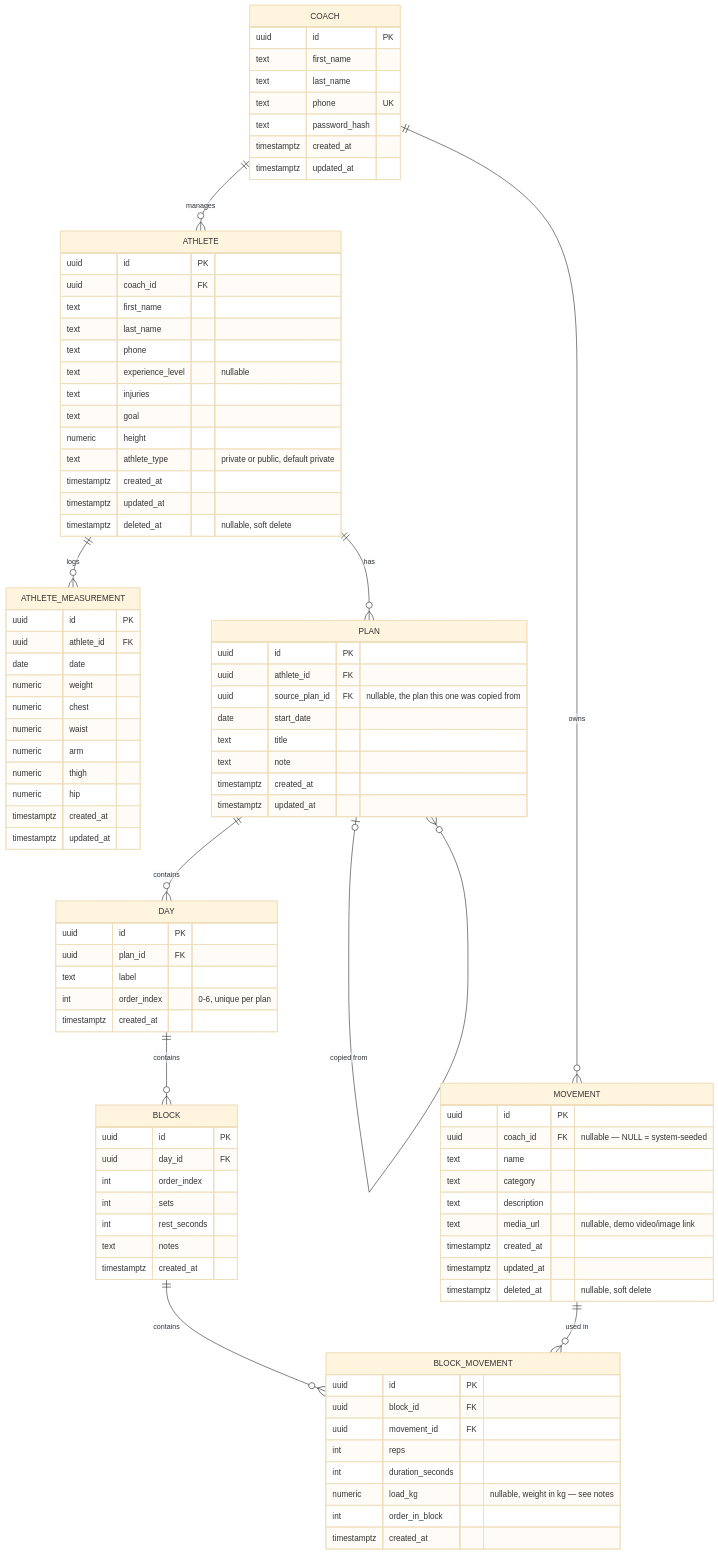
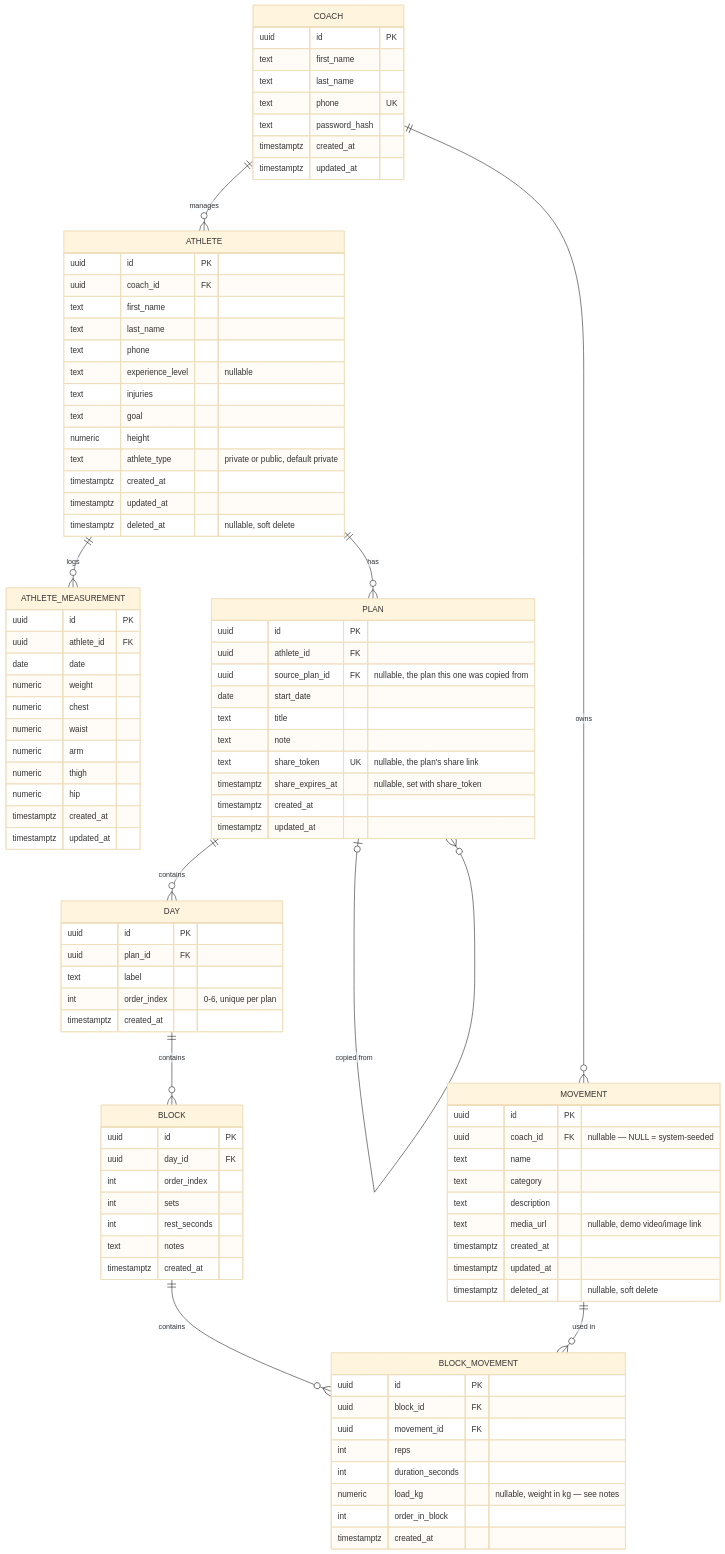
Before and after one commit to AbolfazlTayyar/GoGym: the diagram in docs/er-diagram.md, drawn with Mermaid (base theme). The commit also changed other lines of this file and 21 other files, not shown here.

Commit message:
feat(backend): add plan share links

```diff
--- a/docs/er-diagram.md
+++ b/docs/er-diagram.md
@@ -66,6 +66,8 @@
         date start_date
         text title
         text note
+        text share_token UK "nullable, the plan's share link"
+        timestamptz share_expires_at "nullable, set with share_token"
         timestamptz created_at
         timestamptz updated_at
     }
```
